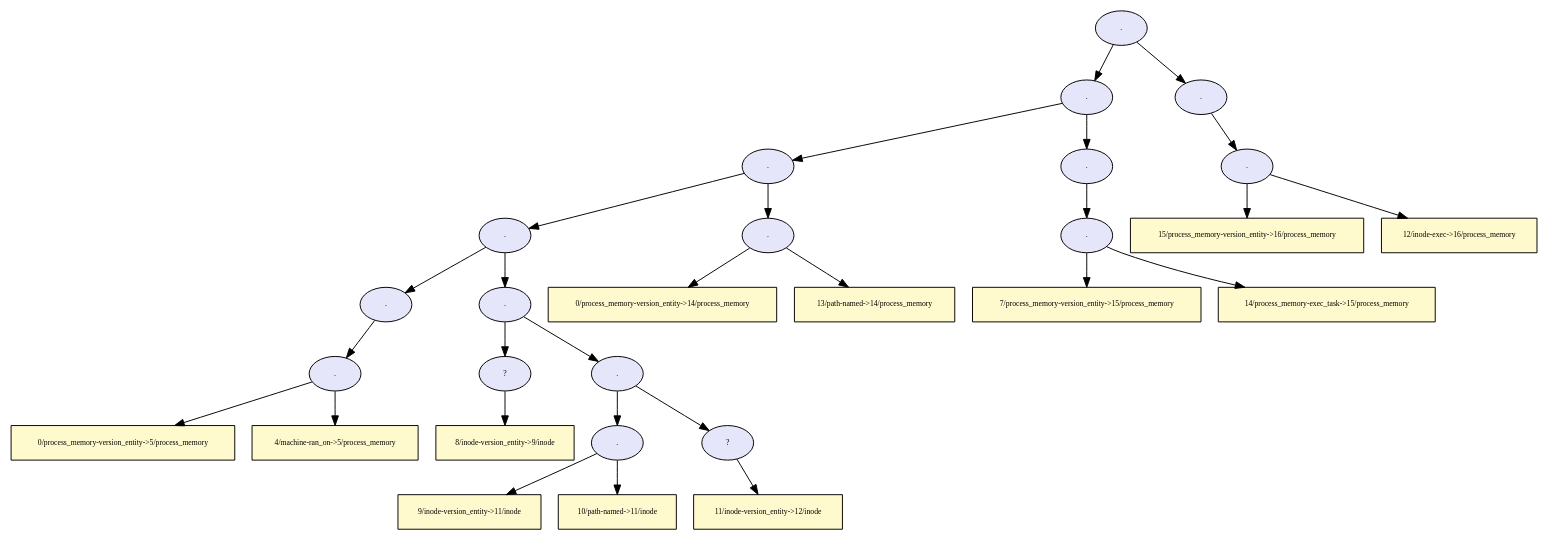
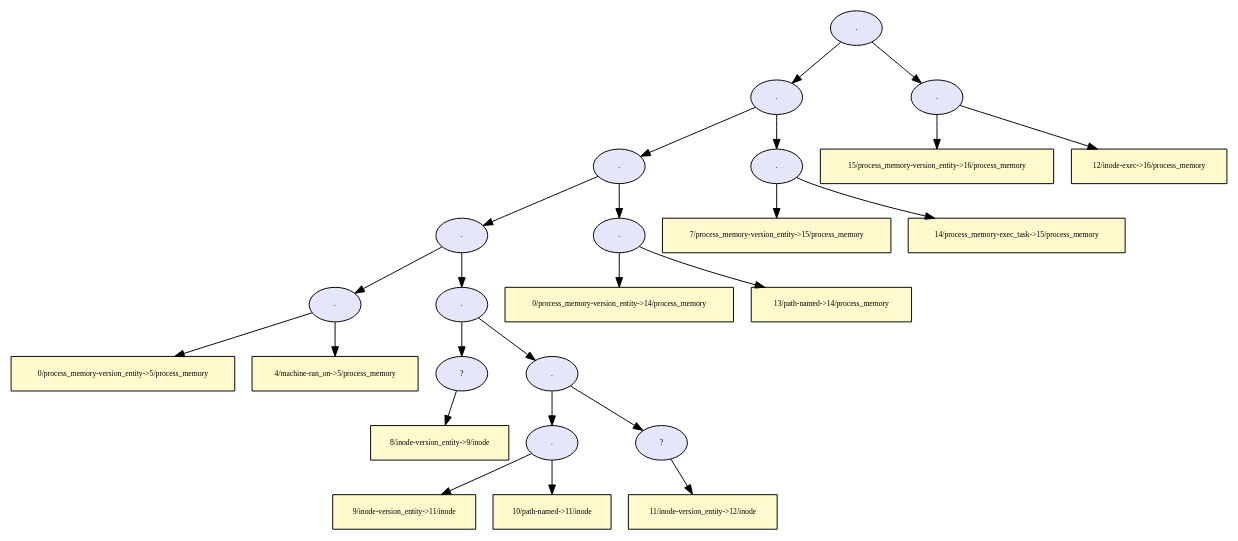
The diagram in dot/provenance_bprm_committing_creds_tree.dot (TinkerBellSystem/graph-matching), drawn with Graphviz before and after one commit. The commit also changed 68 other files, not shown here.

```diff
--- a/dot/provenance_bprm_committing_creds_tree.dot
+++ b/dot/provenance_bprm_committing_creds_tree.dot
@@ -1,111 +1,99 @@
 digraph RGL__DirectedAdjacencyGraph {30[fontsize = 8,label = ".",shape = ellipse, fillcolor="#e6e6fa", style = filled]
 
 30 -> 25[fontsize = 8, color="#000000"]
 
 25[fontsize = 8,label = ".",shape = ellipse, fillcolor="#e6e6fa", style = filled]
 
 25 -> 20[fontsize = 8, color="#000000"]
 
 20[fontsize = 8,label = ".",shape = ellipse, fillcolor="#e6e6fa", style = filled]
 
 20 -> 16[fontsize = 8, color="#000000"]
 
 16[fontsize = 8,label = ".",shape = ellipse, fillcolor="#e6e6fa", style = filled]
 
-16 -> 6[fontsize = 8, color="#000000"]
-
-6[fontsize = 8,label = ".",shape = ellipse, fillcolor="#e6e6fa", style = filled]
-
-6 -> 5[fontsize = 8, color="#000000"]
+16 -> 5[fontsize = 8, color="#000000"]
 
 5[fontsize = 8,label = ".",shape = ellipse, fillcolor="#e6e6fa", style = filled]
 
 5 -> 3[fontsize = 8, color="#000000"]
 
 3[fontsize = 8,label = "0/process_memory-version_entity->5/process_memory",shape = rectangle, fillcolor="#fffacd", style = filled]
 
 5 -> 4[fontsize = 8, color="#000000"]
 
 4[fontsize = 8,label = "4/machine-ran_on->5/process_memory",shape = rectangle, fillcolor="#fffacd", style = filled]
 
 16 -> 15[fontsize = 8, color="#000000"]
 
 15[fontsize = 8,label = ".",shape = ellipse, fillcolor="#e6e6fa", style = filled]
 
 15 -> 8[fontsize = 8, color="#000000"]
 
 8[fontsize = 8,label = "?",shape = ellipse, fillcolor="#e6e6fa", style = filled]
 
 8 -> 7[fontsize = 8, color="#000000"]
 
 7[fontsize = 8,label = "8/inode-version_entity->9/inode",shape = rectangle, fillcolor="#fffacd", style = filled]
 
 15 -> 14[fontsize = 8, color="#000000"]
 
 14[fontsize = 8,label = ".",shape = ellipse, fillcolor="#e6e6fa", style = filled]
 
 14 -> 11[fontsize = 8, color="#000000"]
 
 11[fontsize = 8,label = ".",shape = ellipse, fillcolor="#e6e6fa", style = filled]
 
 11 -> 9[fontsize = 8, color="#000000"]
 
 9[fontsize = 8,label = "9/inode-version_entity->11/inode",shape = rectangle, fillcolor="#fffacd", style = filled]
 
 11 -> 10[fontsize = 8, color="#000000"]
 
 10[fontsize = 8,label = "10/path-named->11/inode",shape = rectangle, fillcolor="#fffacd", style = filled]
 
 14 -> 13[fontsize = 8, color="#000000"]
 
 13[fontsize = 8,label = "?",shape = ellipse, fillcolor="#e6e6fa", style = filled]
 
 13 -> 12[fontsize = 8, color="#000000"]
 
 12[fontsize = 8,label = "11/inode-version_entity->12/inode",shape = rectangle, fillcolor="#fffacd", style = filled]
 
 20 -> 19[fontsize = 8, color="#000000"]
 
 19[fontsize = 8,label = ".",shape = ellipse, fillcolor="#e6e6fa", style = filled]
 
 19 -> 17[fontsize = 8, color="#000000"]
 
 17[fontsize = 8,label = "0/process_memory-version_entity->14/process_memory",shape = rectangle, fillcolor="#fffacd", style = filled]
 
 19 -> 18[fontsize = 8, color="#000000"]
 
 18[fontsize = 8,label = "13/path-named->14/process_memory",shape = rectangle, fillcolor="#fffacd", style = filled]
 
-25 -> 24[fontsize = 8, color="#000000"]
-
-24[fontsize = 8,label = ".",shape = ellipse, fillcolor="#e6e6fa", style = filled]
-
-24 -> 23[fontsize = 8, color="#000000"]
+25 -> 23[fontsize = 8, color="#000000"]
 
 23[fontsize = 8,label = ".",shape = ellipse, fillcolor="#e6e6fa", style = filled]
 
 23 -> 21[fontsize = 8, color="#000000"]
 
 21[fontsize = 8,label = "7/process_memory-version_entity->15/process_memory",shape = rectangle, fillcolor="#fffacd", style = filled]
 
 23 -> 22[fontsize = 8, color="#000000"]
 
 22[fontsize = 8,label = "14/process_memory-exec_task->15/process_memory",shape = rectangle, fillcolor="#fffacd", style = filled]
 
-30 -> 29[fontsize = 8, color="#000000"]
-
-29[fontsize = 8,label = ".",shape = ellipse, fillcolor="#e6e6fa", style = filled]
-
-29 -> 28[fontsize = 8, color="#000000"]
+30 -> 28[fontsize = 8, color="#000000"]
 
 28[fontsize = 8,label = ".",shape = ellipse, fillcolor="#e6e6fa", style = filled]
 
 28 -> 26[fontsize = 8, color="#000000"]
 
 26[fontsize = 8,label = "15/process_memory-version_entity->16/process_memory",shape = rectangle, fillcolor="#fffacd", style = filled]
 
 28 -> 27[fontsize = 8, color="#000000"]
 
 27[fontsize = 8,label = "12/inode-exec->16/process_memory",shape = rectangle, fillcolor="#fffacd", style = filled]
 
 }
```
